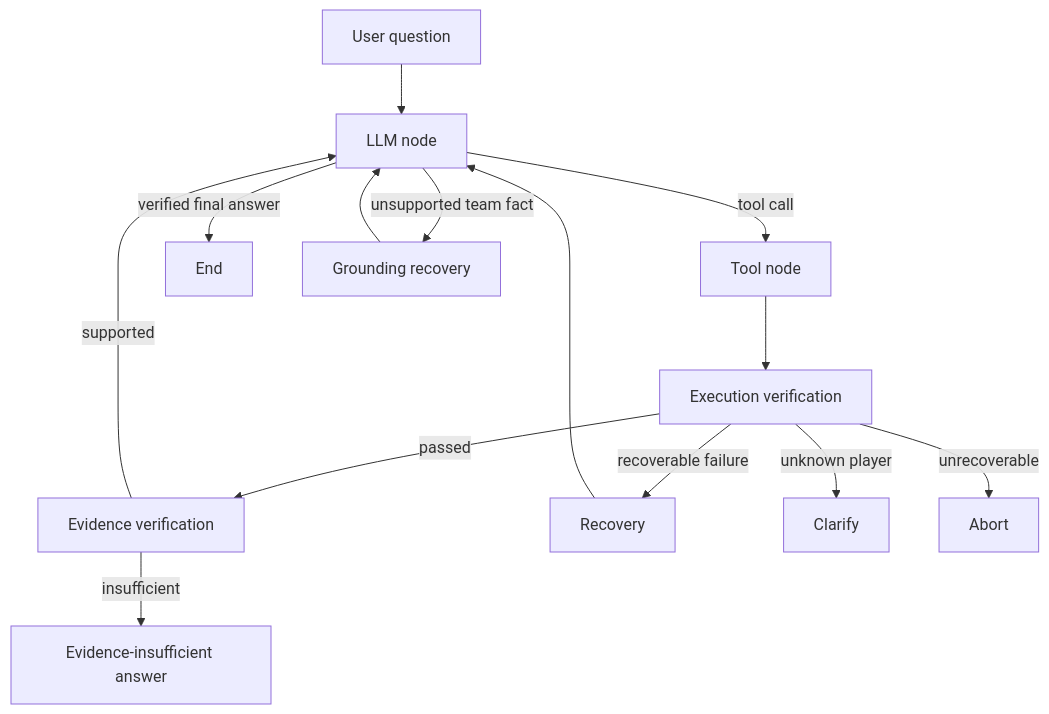
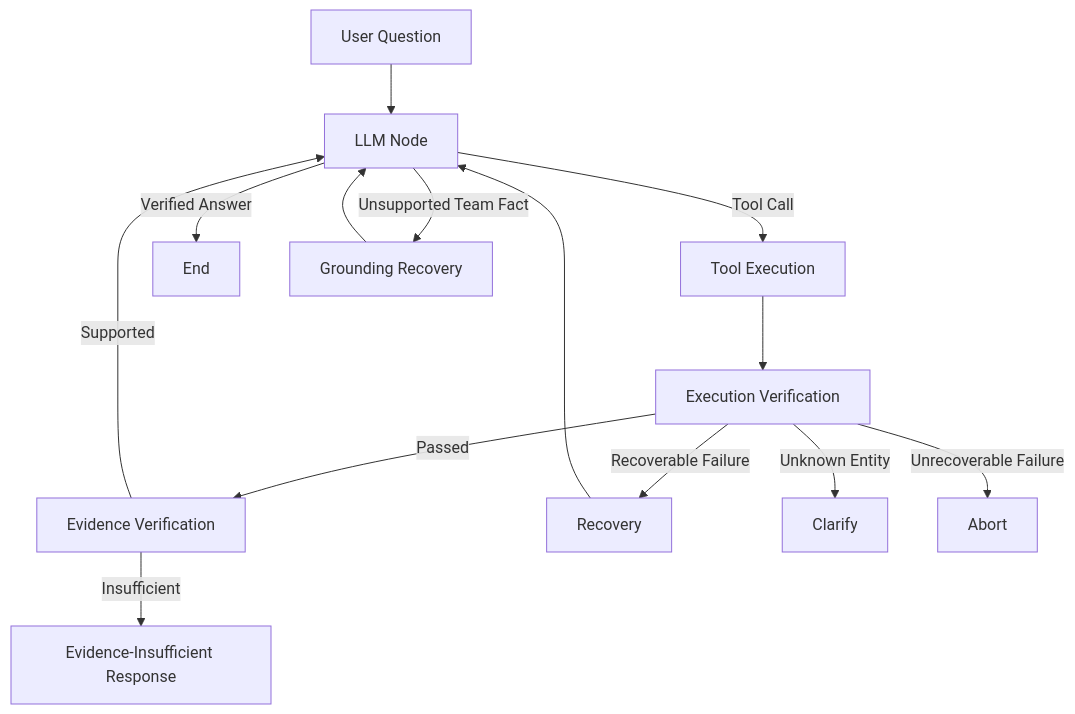
The diagram in README.md (zzzxtjjj/Supersonic_fc_agent), drawn with Mermaid before and after one commit. The commit also changed other lines of this file, not shown here.

````diff
--- a/README.md
+++ b/README.md
@@ -23,16 +43,21 @@
 ```mermaid
 flowchart TD
-    U[User question] --> L[LLM node]
-    L -->|tool call| T[Tool node]
-    T --> X[Execution verification]
-    X -->|passed| E[Evidence verification]
-    X -->|recoverable failure| R[Recovery]
-    X -->|unknown player| C[Clarify]
-    X -->|unrecoverable| A[Abort]
+    U[User Question] --> L[LLM Node]
+
+    L -->|Tool Call| T[Tool Execution]
+    T --> X[Execution Verification]
+
+    X -->|Passed| E[Evidence Verification]
+    X -->|Recoverable Failure| R[Recovery]
+    X -->|Unknown Entity| C[Clarify]
+    X -->|Unrecoverable Failure| A[Abort]
+
     R --> L
-    E -->|supported| L
-    E -->|insufficient| I[Evidence-insufficient answer]
-    L -->|verified final answer| END[End]
-    L -->|unsupported team fact| G[Grounding recovery]
+
+    E -->|Supported| L
+    E -->|Insufficient| I[Evidence-Insufficient Response]
+
+    L -->|Verified Answer| END[End]
+    L -->|Unsupported Team Fact| G[Grounding Recovery]
     G --> L
 ```
````
